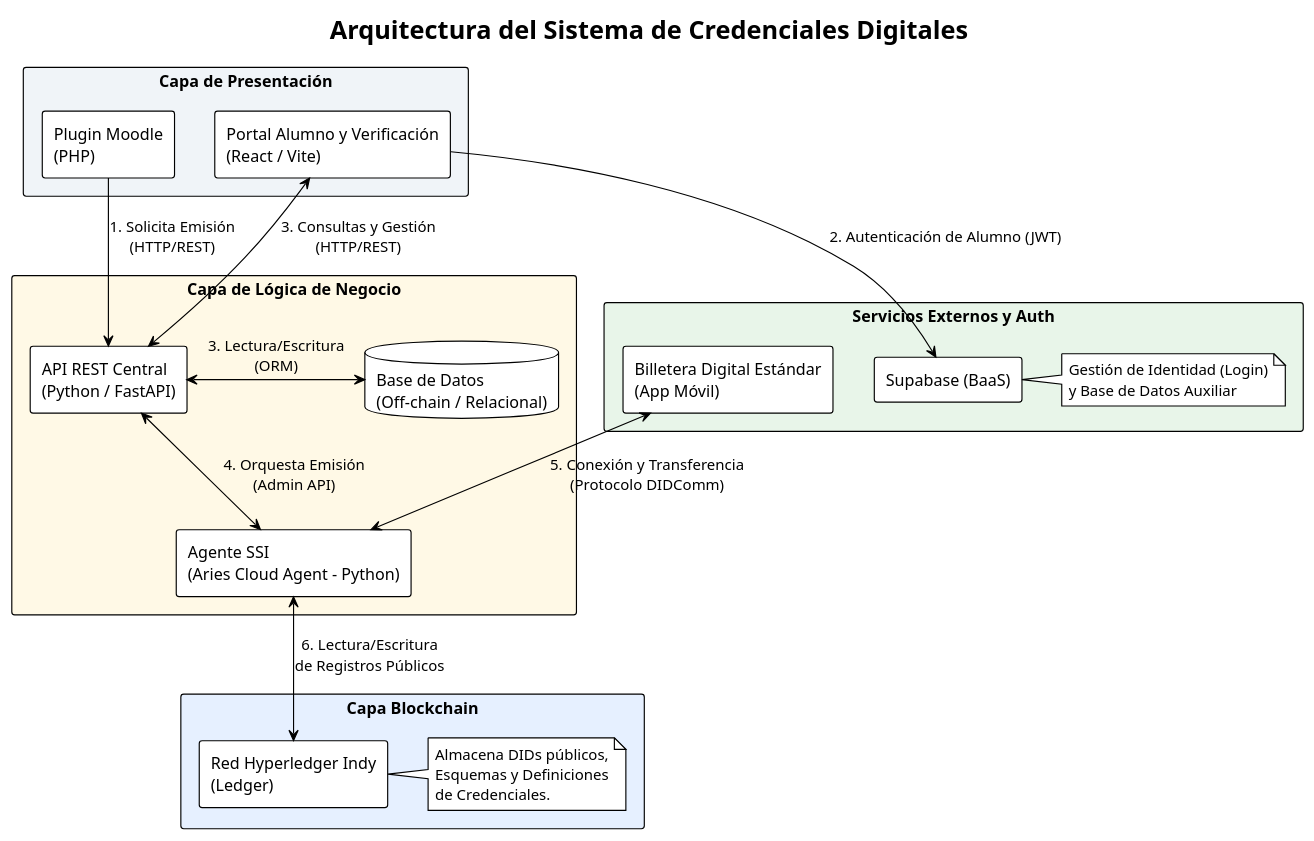
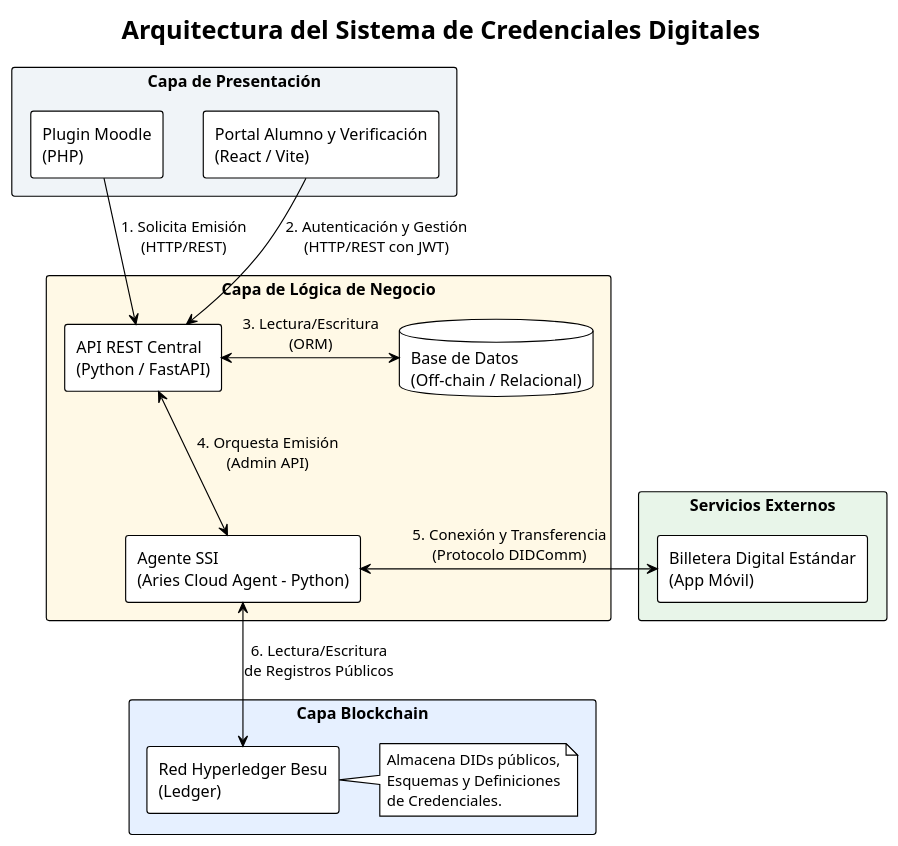
The diagram in docs/diagram-architecture.puml (brahianf1/blockchain-credentials), drawn with PlantUML before and after one commit.

Commit message:
docs: update architecture diagram for auth flow and blockchain network change

```diff
--- a/docs/diagram-architecture.puml
+++ b/docs/diagram-architecture.puml
@@ -1,48 +1,46 @@
 @startuml
 !theme plain
 skinparam componentStyle rectangle
 skinparam packageStyle rectangle
 skinparam DefaultFontName Arial
 
 title Arquitectura del Sistema de Credenciales Digitales 
 
 package "Capa de Presentación" as Frontend #F0F4F8 {
     component "Plugin Moodle\n(PHP)" as Moodle #FFFFFF
     component "Portal Alumno y Verificación\n(React / Vite)" as Portal #FFFFFF
 }
 
-package "Capa de Lógica de Negocio\n" as Backend #FFF9E6{
+package "Capa de Lógica de Negocio" as Backend #FFF9E6{
     component "API REST Central\n(Python / FastAPI)" as API #FFFFFF
     database "Base de Datos\n(Off-chain / Relacional)" as BD #FFFFFF
     component "Agente SSI\n(Aries Cloud Agent - Python)" as Agente #FFFFFF
 }
-package "Servicios Externos y Auth" as Externos #E8F5E9{
-     component "Billetera Digital Estándar\n(App Móvil)" as Wallet #FFFFFF
-    [Supabase (BaaS)] as Supabase
-    note right of Supabase : Gestión de Identidad (Login)\ny Base de Datos Auxiliar
+
+package "Servicios Externos" as Externos #E8F5E9{
+    component "Billetera Digital Estándar\n(App Móvil)" as Wallet #FFFFFF
 }
 
 package "Capa Blockchain" as Blockchain #E6F0FF {
-    component "Red Hyperledger Indy\n(Ledger)" as Indy #FFFFFF
+    component "Red Hyperledger Besu\n(Ledger)" as Besu#FFFFFF
     
-    note right of Indy
+    note right of Besu
       Almacena DIDs públicos,
       Esquemas y Definiciones
       de Credenciales.
     end note
 }
 
 ' Relaciones Frontend - Backend
 Moodle -down-> API : 1. Solicita Emisión\n(HTTP/REST)
-Portal --> Supabase : 2. Autenticación de Alumno (JWT)
-Portal <-down-> API : 3. Consultas y Gestión\n(HTTP/REST)
+Portal -down-> API : 2. Autenticación y Gestión\n(HTTP/REST con JWT)
 
 ' Relaciones Internas Backend
 API <-right-> BD : 3. Lectura/Escritura\n(ORM)
 API <-down-> Agente : 4. Orquesta Emisión\n(Admin API)
 
 ' Relaciones SSI / Blockchain
 Wallet <-right-> Agente : 5. Conexión y Transferencia\n(Protocolo DIDComm)
-Agente <-down-> Indy : 6. Lectura/Escritura\nde Registros Públicos
+Agente <-down-> Besu: 6. Lectura/Escritura\nde Registros Públicos
 
 @enduml
```
